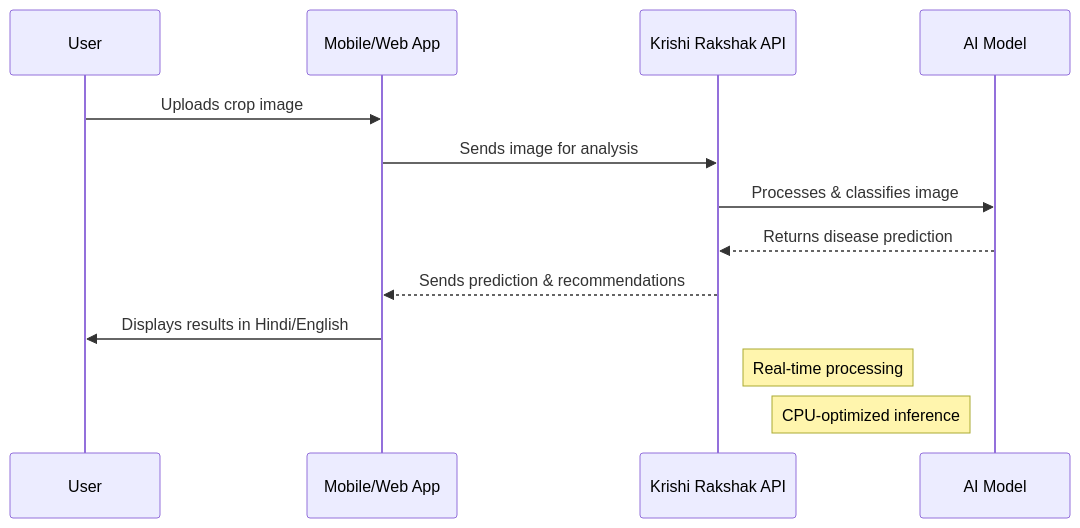
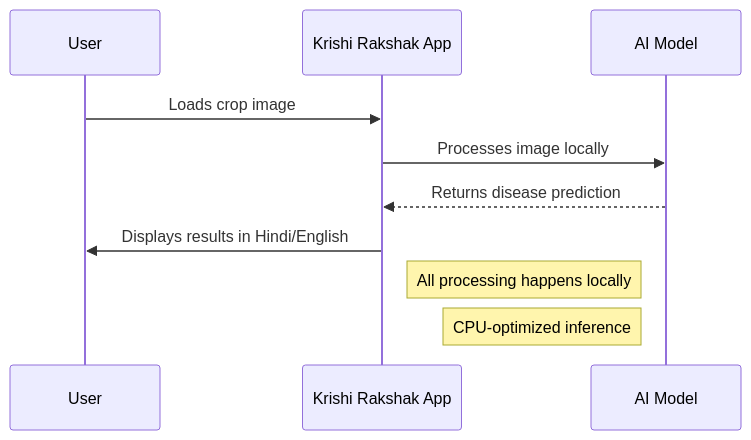
One commit to VIKAS9793/KrishiRakshak changed the second of 4 diagrams in README.md. Above: the diagram before and after it, drawn with Mermaid. The commit also changed other lines of this file and 1 other file, not shown here.

````diff
--- a/README.md
+++ b/README.md
@@ -61,17 +59,14 @@
 ```mermaid
 sequenceDiagram
     participant User
-    participant App as Mobile/Web App
-    participant API as Krishi Rakshak API
+    participant App as Krishi Rakshak App
     participant Model as AI Model
     
-    User->>App: Uploads crop image
-    App->>API: Sends image for analysis
-    API->>Model: Processes & classifies image
-    Model-->>API: Returns disease prediction
-    API-->>App: Sends prediction & recommendations
+    User->>App: Loads crop image
+    App->>Model: Processes image locally
+    Model-->>App: Returns disease prediction
     App->>User: Displays results in Hindi/English
     
-    Note right of API: Real-time processing
+    Note right of App: All processing happens locally
     Note left of Model: CPU-optimized inference
 ```
````
